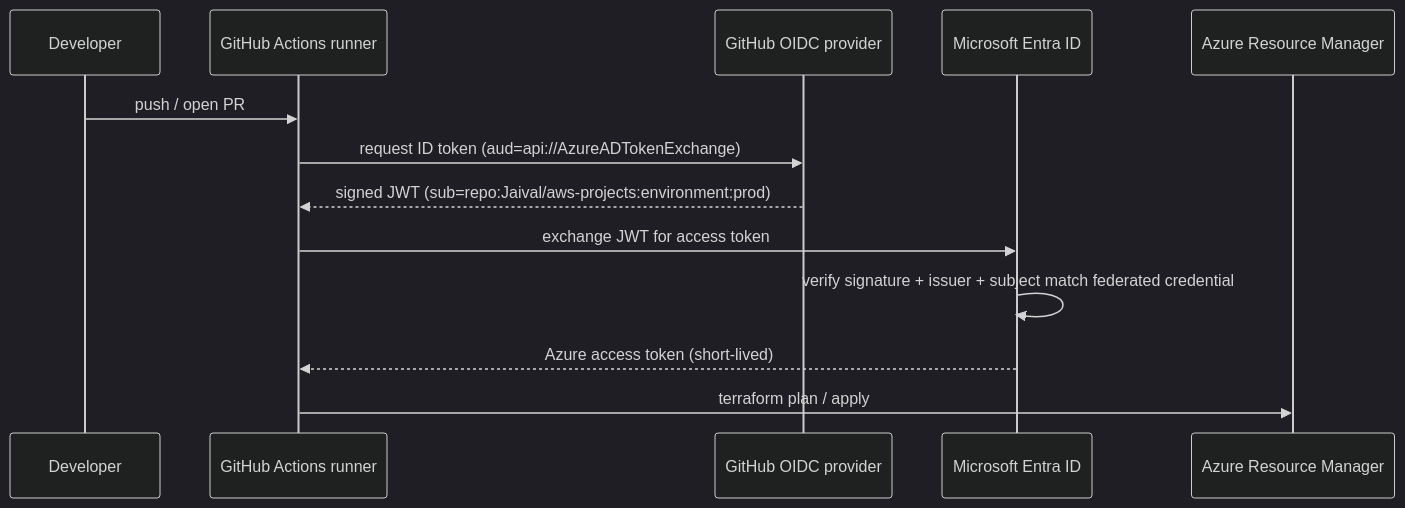
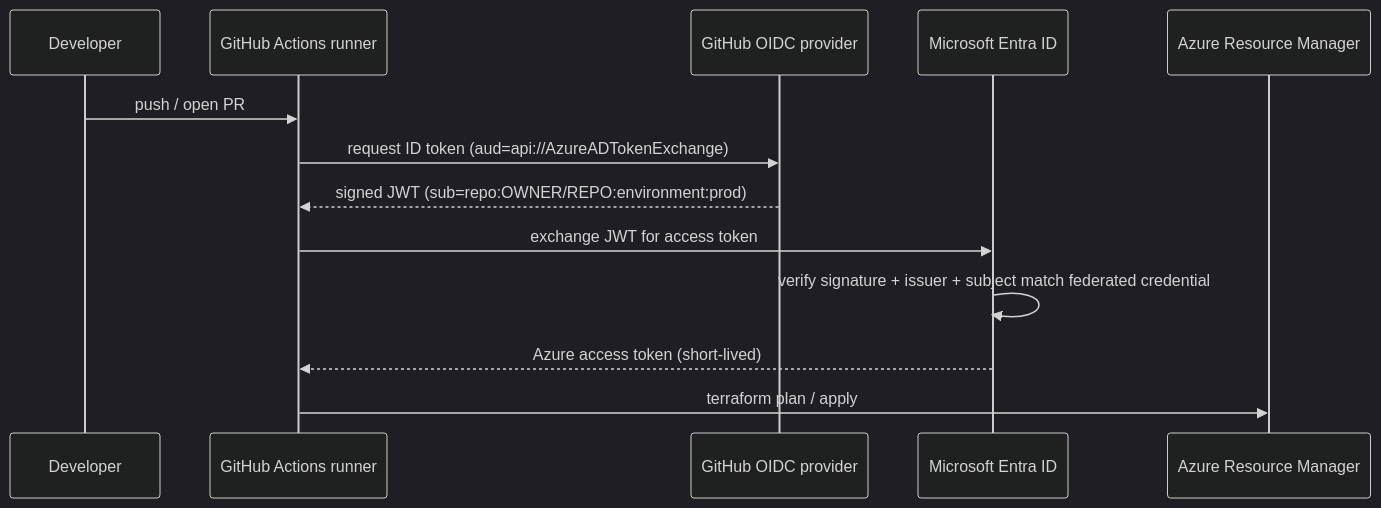
One commit to Jaival/aws-projects changed the diagram in projects/09-secrets-free-cicd-oidc/README.md. Above: the diagram before and after it, drawn with Mermaid (dark theme). The commit also changed other lines of this file and 1 other file, not shown here.

````diff
--- a/projects/09-secrets-free-cicd-oidc/README.md
+++ b/projects/09-secrets-free-cicd-oidc/README.md
@@ -15,15 +15,15 @@
 ```mermaid
 sequenceDiagram
     participant Dev as Developer
     participant GH as GitHub Actions runner
     participant GHOIDC as GitHub OIDC provider
     participant Entra as Microsoft Entra ID
     participant ARM as Azure Resource Manager
     Dev->>GH: push / open PR
     GH->>GHOIDC: request ID token (aud=api://AzureADTokenExchange)
-    GHOIDC-->>GH: signed JWT (sub=repo:Jaival/aws-projects:environment:prod)
+    GHOIDC-->>GH: signed JWT (sub=repo:OWNER/REPO:environment:prod)
     GH->>Entra: exchange JWT for access token
     Entra->>Entra: verify signature + issuer + subject match federated credential
     Entra-->>GH: Azure access token (short-lived)
     GH->>ARM: terraform plan / apply
 ```
````
